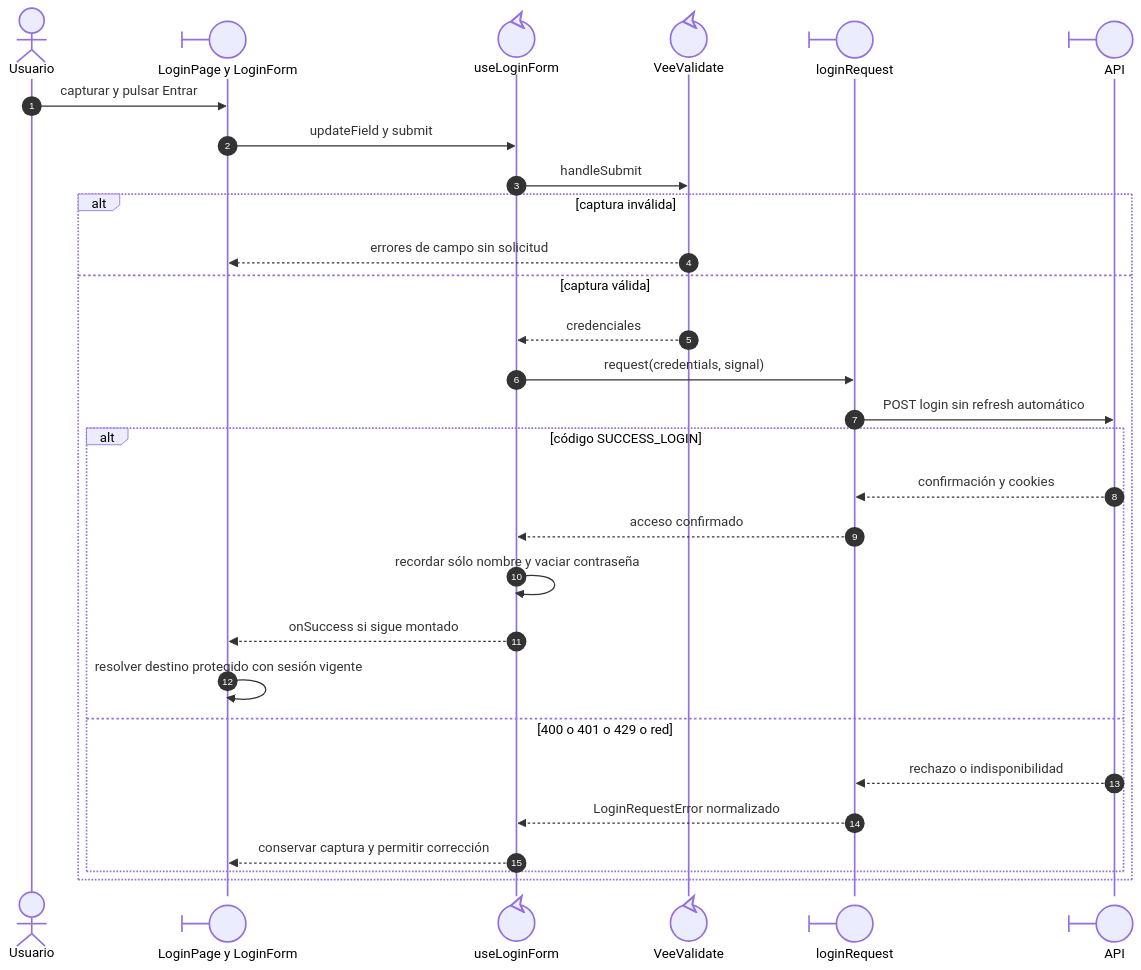
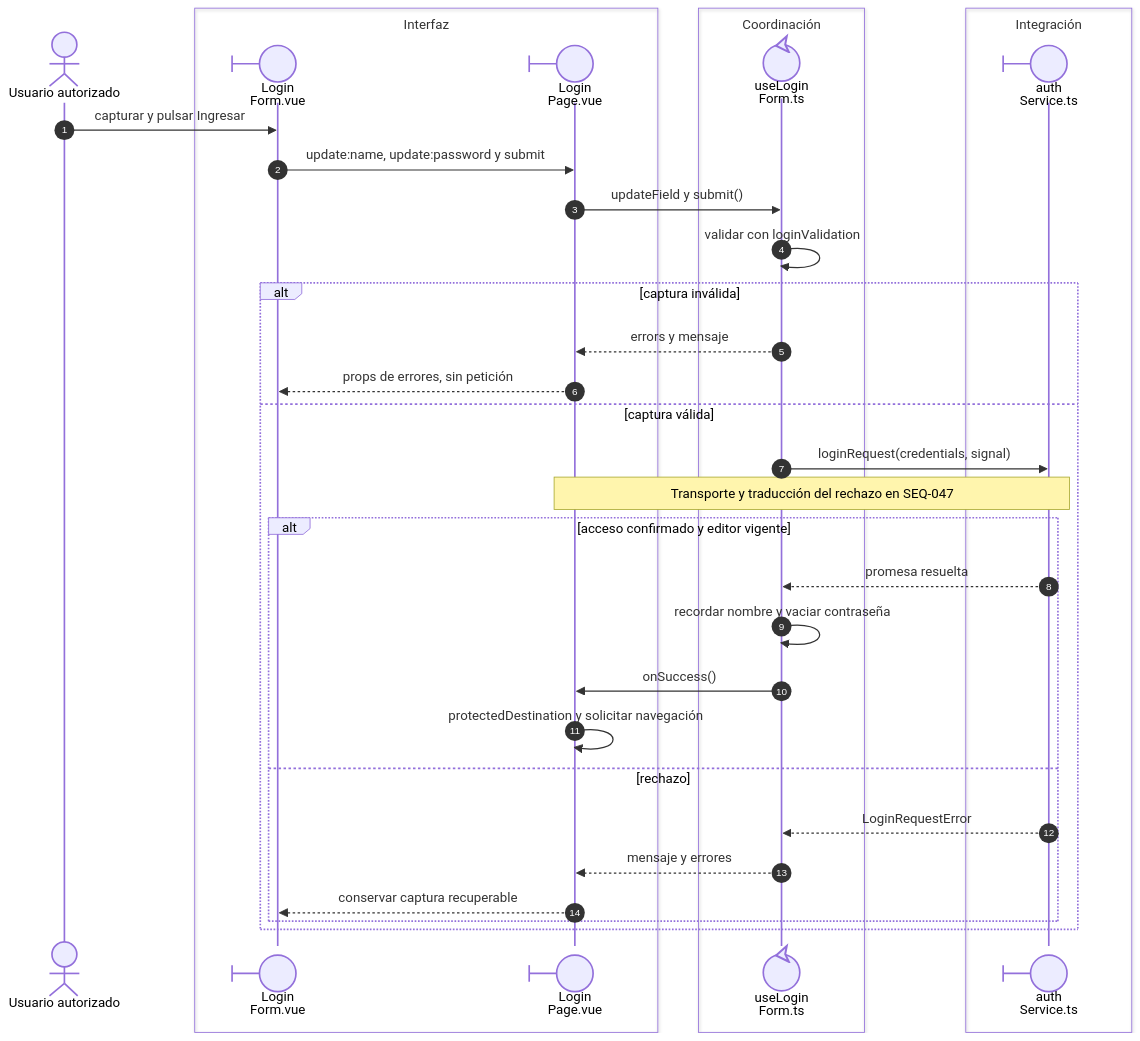
The first of 2 diagrams in front/docs/architecture/views/processes/01-session/02-login.md (gpgsistemas01/nexus), drawn with Mermaid before and after one commit. The commit also changed other lines of this file and 46 other files, not shown here.

Commit message:
docs: alinear secuencias Vue con participantes y callbacks reales

````diff
--- a/front/docs/architecture/views/processes/01-session/02-login.md
+++ b/front/docs/architecture/views/processes/01-session/02-login.md
@@ -15,31 +13,36 @@
 ```mermaid
 sequenceDiagram
     autonumber
-    actor Usuario
-    participant Page@{ "type": "boundary" } as LoginPage y LoginForm
-    participant Form@{ "type": "control" } as useLoginForm
-    participant Validation@{ "type": "control" } as VeeValidate
-    participant Service@{ "type": "boundary" } as loginRequest
-    participant API@{ "type": "boundary" } as API
-    Usuario->>Page: capturar y pulsar Entrar
-    Page->>Form: updateField y submit
-    Form->>Validation: handleSubmit
+    actor U as Usuario autorizado
+    box Interfaz
+    participant Form@{ "type": "boundary" } as Login<br/>Form.vue
+    participant Page@{ "type": "boundary" } as Login<br/>Page.vue
+    end
+    box Coordinación
+    participant Editor@{ "type": "control" } as useLogin<br/>Form.ts
+    end
+    box Integración
+    participant Service@{ "type": "boundary" } as auth<br/>Service.ts
+    end
+    U->>Form: capturar y pulsar Ingresar
+    Form->>Page: update:name, update:password y submit
+    Page->>Editor: updateField y submit()
+    Editor->>Editor: validar con loginValidation
     alt captura inválida
-        Validation-->>Page: errores de campo sin solicitud
+        Editor-->>Page: errors y mensaje
+        Page-->>Form: props de errores, sin petición
     else captura válida
-        Validation-->>Form: credenciales
-        Form->>Service: request(credentials, signal)
-        Service->>API: POST login sin refresh automático
-        alt código SUCCESS_LOGIN
-            API-->>Service: confirmación y cookies
-            Service-->>Form: acceso confirmado
-            Form->>Form: recordar sólo nombre y vaciar contraseña
-            Form-->>Page: onSuccess si sigue montado
-            Page->>Page: resolver destino protegido con sesión vigente
-        else 400 o 401 o 429 o red
-            API-->>Service: rechazo o indisponibilidad
-            Service-->>Form: LoginRequestError normalizado
-            Form-->>Page: conservar captura y permitir corrección
+        Editor->>Service: loginRequest(credentials, signal)
+        Note over Page,Service: Transporte y traducción del rechazo en SEQ-047
+        alt acceso confirmado y editor vigente
+            Service-->>Editor: promesa resuelta
+            Editor->>Editor: recordar nombre y vaciar contraseña
+            Editor->>Page: onSuccess()
+            Page->>Page: protectedDestination y solicitar navegación
+        else rechazo
+            Service-->>Editor: LoginRequestError
+            Editor-->>Page: mensaje y errores
+            Page-->>Form: conservar captura recuperable
         end
     end
 ```
````
